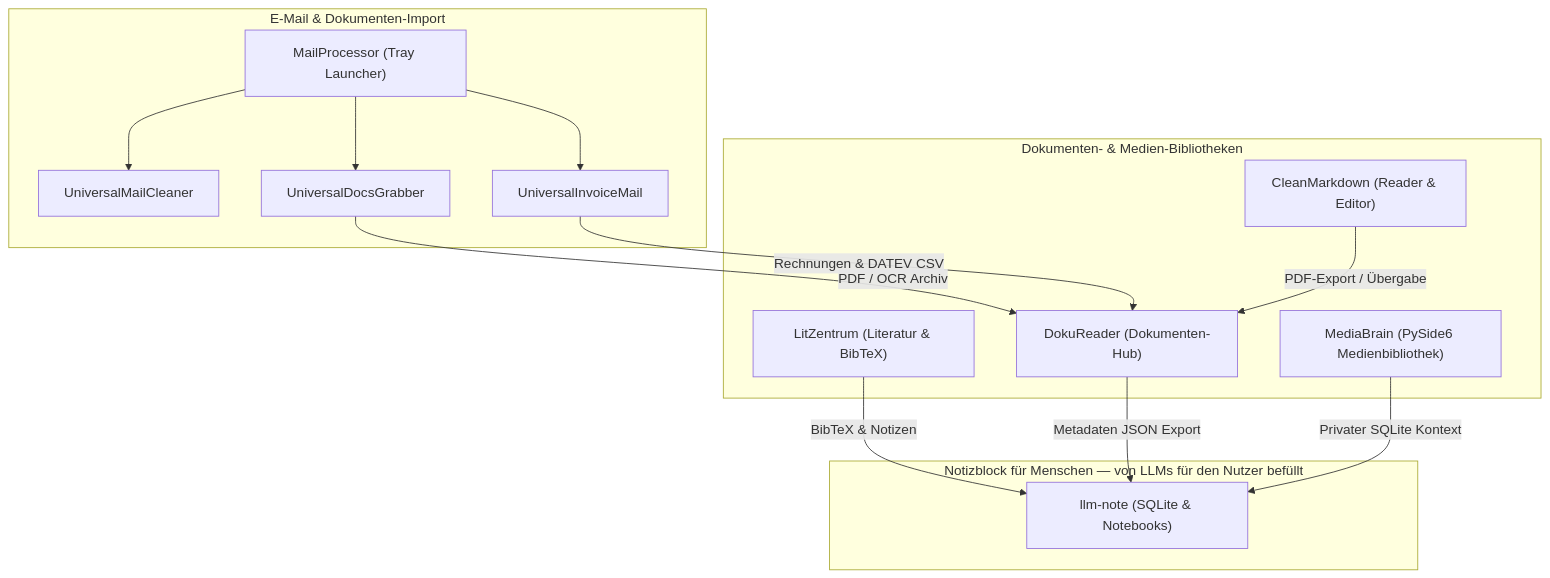
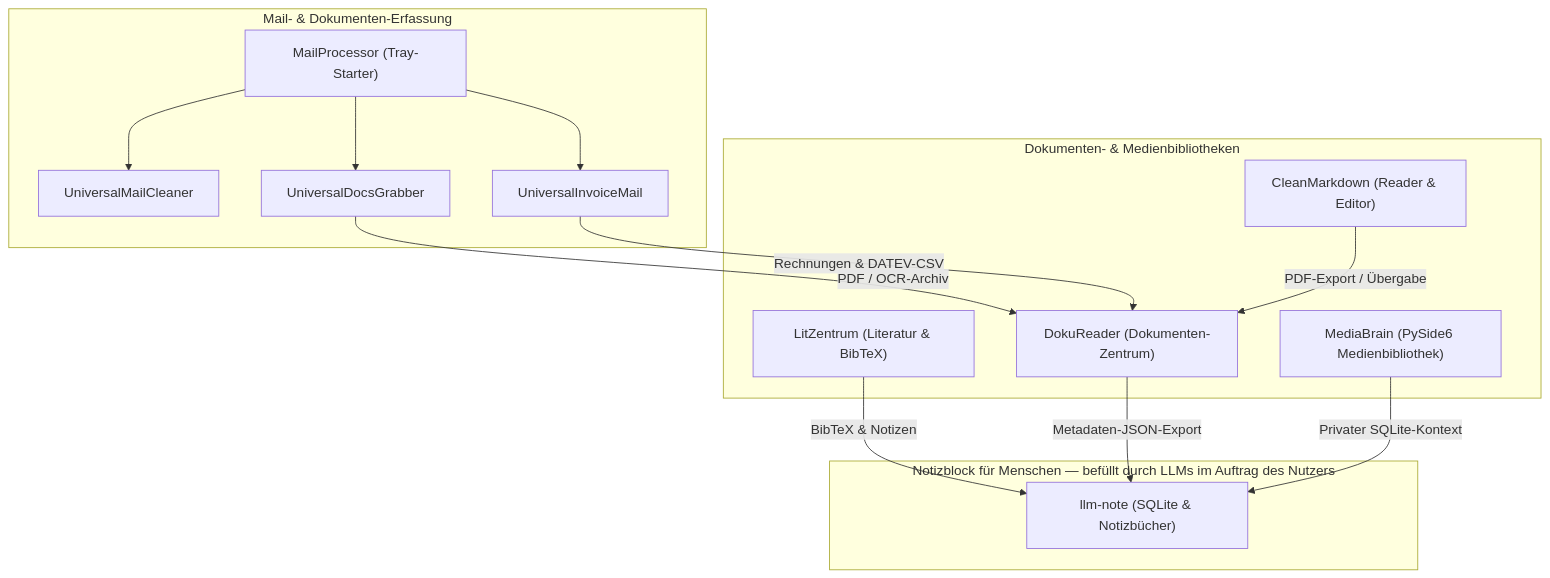
One commit to doc-bricks/.github changed the diagram in profile/README_de.md. Above: the diagram before and after it, drawn with Mermaid. The commit also changed other lines of this file and 4 other files, not shown here.

````diff
--- a/profile/README_de.md
+++ b/profile/README_de.md
@@ -32,26 +32,26 @@
 ```mermaid
 graph TD
-    subgraph Intake ["E-Mail & Dokumenten-Import"]
-        MP["MailProcessor (Tray Launcher)"] --> UMC["UniversalMailCleaner"]
+    subgraph Intake ["Mail- & Dokumenten-Erfassung"]
+        MP["MailProcessor (Tray-Starter)"] --> UMC["UniversalMailCleaner"]
         MP --> UDG["UniversalDocsGrabber"]
         MP --> UIM["UniversalInvoiceMail"]
     end
 
-    subgraph Library ["Dokumenten- & Medien-Bibliotheken"]
-        DR["DokuReader (Dokumenten-Hub)"]
+    subgraph Library ["Dokumenten- & Medienbibliotheken"]
+        DR["DokuReader (Dokumenten-Zentrum)"]
         CM["CleanMarkdown (Reader & Editor)"]
         LZ["LitZentrum (Literatur & BibTeX)"]
         MB["MediaBrain (PySide6 Medienbibliothek)"]
     end
 
-    subgraph HumanNotes ["Notizblock für Menschen — von LLMs für den Nutzer befüllt"]
-        LN["llm-note (SQLite & Notebooks)"]
+    subgraph HumanNotes ["Notizblock für Menschen — befüllt durch LLMs im Auftrag des Nutzers"]
+        LN["llm-note (SQLite & Notizbücher)"]
     end
 
-    UDG -->|"PDF / OCR Archiv"| DR
-    UIM -->|"Rechnungen & DATEV CSV"| DR
+    UDG -->|"PDF / OCR-Archiv"| DR
+    UIM -->|"Rechnungen & DATEV-CSV"| DR
     CM -->|"PDF-Export / Übergabe"| DR
     LZ -->|"BibTeX & Notizen"| LN
-    DR -->|"Metadaten JSON Export"| LN
-    MB -->|"Privater SQLite Kontext"| LN
+    DR -->|"Metadaten-JSON-Export"| LN
+    MB -->|"Privater SQLite-Kontext"| LN
 ```
````
